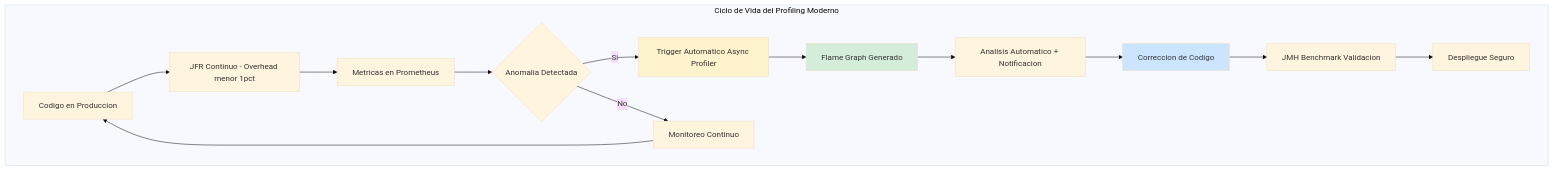
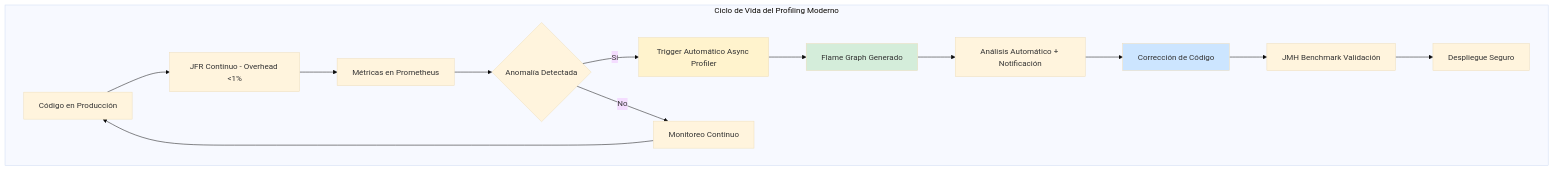
Before and after one commit to Joaquinriosheredia/DAM-Java-Mastery: the first of 4 diagrams in 01_Java_Core/profiling_avanzado_en_java_con_jfr_y_async_profiler_STAFF.md, drawn with Mermaid (base theme). The commit also changed other lines of this file, not shown here.

Commit message:
profiling_avanzado_en_java_con_jfr_y_async_profiler_STAFF.md

````diff
--- a/01_Java_Core/profiling_avanzado_en_java_con_jfr_y_async_profiler_STAFF.md
+++ b/01_Java_Core/profiling_avanzado_en_java_con_jfr_y_async_profiler_STAFF.md
@@ -55,22 +76,22 @@
 ```mermaid
 graph TD
     subgraph "Ciclo de Vida del Profiling Moderno"
-        CODE[Codigo en Produccion] --> JFR[JFR Continuo - Overhead menor 1pct]
-        JFR --> METRICS[Metricas en Prometheus]
-        METRICS --> ALERT{Anomalia Detectada}
+        CODE[Código en Producción] --> JFR[JFR Continuo - Overhead <1%]
+        JFR --> METRICS[Métricas en Prometheus]
+        METRICS --> ALERT{Anomalía Detectada}
         
-        ALERT -->|Si| TRIGGER[Trigger Automatico Async Profiler]
+        ALERT -->|Sí| TRIGGER[Trigger Automático Async Profiler]
         TRIGGER --> FLAME[Flame Graph Generado]
-        FLAME --> ANALYSIS[Analisis Automatico + Notificacion]
-        ANALYSIS --> FIX[Correccion de Codigo]
-        FIX --> BENCHMARK[JMH Benchmark Validacion]
+        FLAME --> ANALYSIS[Análisis Automático + Notificación]
+        ANALYSIS --> FIX[Corrección de Código]
+        FIX --> BENCHMARK[JMH Benchmark Validación]
         BENCHMARK --> DEPLOY[Despliegue Seguro]
         
         ALERT -->|No| MON[Monitoreo Continuo]
         MON --> CODE
     end
     
     style TRIGGER fill:#fff3cd
     style FLAME fill:#d4edda
     style FIX fill:#cce5ff
 ```
````
